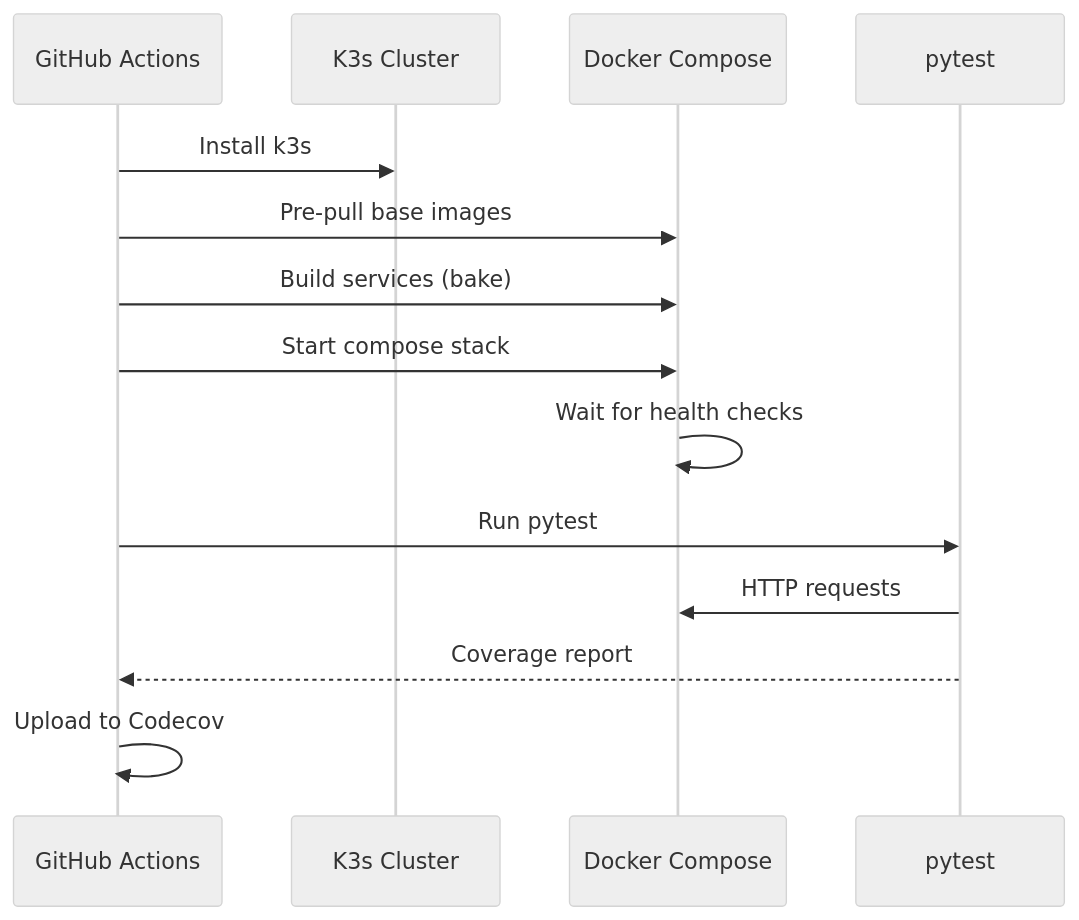
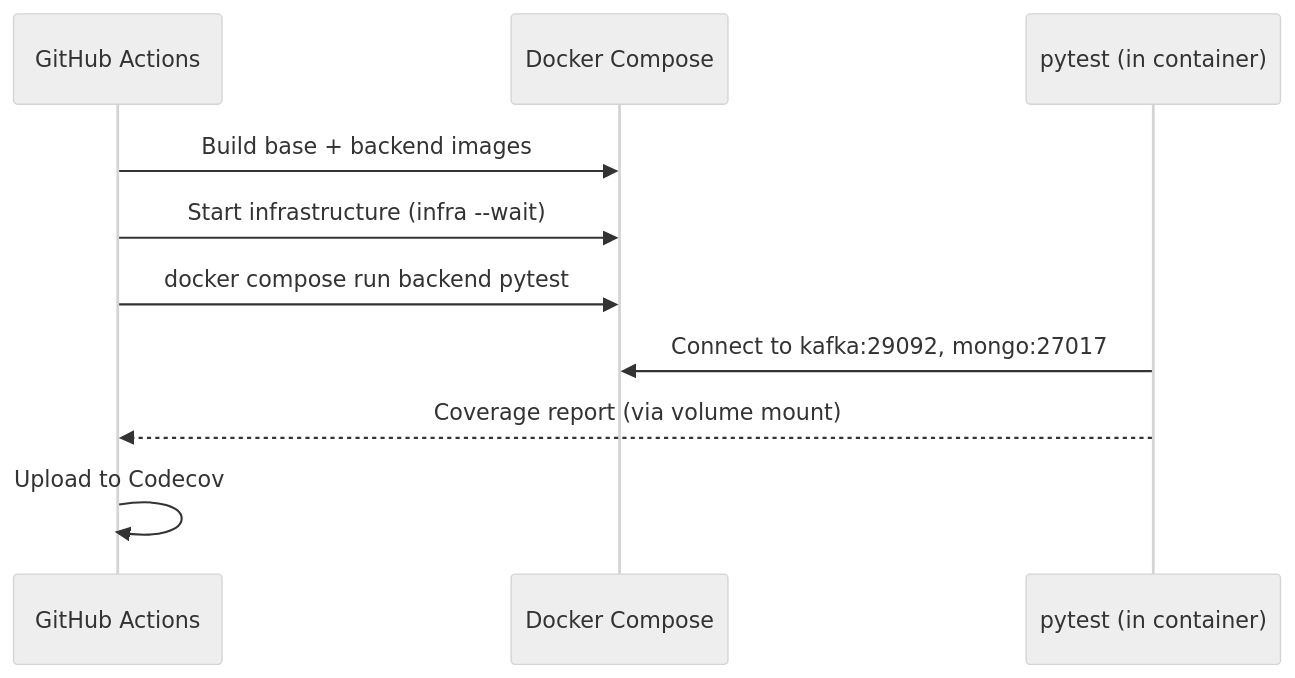
One commit to HardMax71/Integr8sCode changed the third of 3 diagrams in docs/operations/cicd.md. Above: the diagram before and after it, drawn with Mermaid (neutral theme). The commit also changed other lines of this file and 3 other files, not shown here.

Commit message:
ci/cd update: all tests in corresponding docker containers

````diff
--- a/docs/operations/cicd.md
+++ b/docs/operations/cicd.md
@@ -133,17 +138,13 @@
 ```mermaid
 sequenceDiagram
     participant GHA as GitHub Actions
-    participant K3s as K3s Cluster
     participant Docker as Docker Compose
-    participant Tests as pytest
+    participant Tests as pytest (in container)
 
-    GHA->>K3s: Install k3s
-    GHA->>Docker: Pre-pull base images
-    GHA->>Docker: Build services (bake)
-    GHA->>Docker: Start compose stack
-    Docker->>Docker: Wait for health checks
-    GHA->>Tests: Run pytest
-    Tests->>Docker: HTTP requests
-    Tests-->>GHA: Coverage report
+    GHA->>Docker: Build base + backend images
+    GHA->>Docker: Start infrastructure (infra --wait)
+    GHA->>Docker: docker compose run backend pytest
+    Tests->>Docker: Connect to kafka:29092, mongo:27017
+    Tests-->>GHA: Coverage report (via volume mount)
     GHA->>GHA: Upload to Codecov
 ```
````
